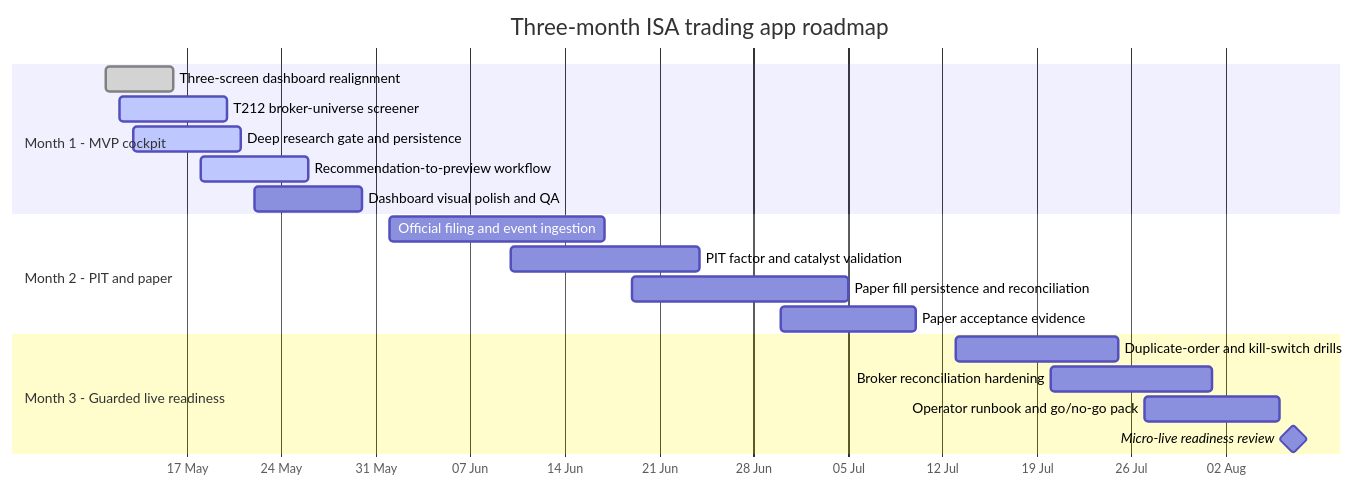
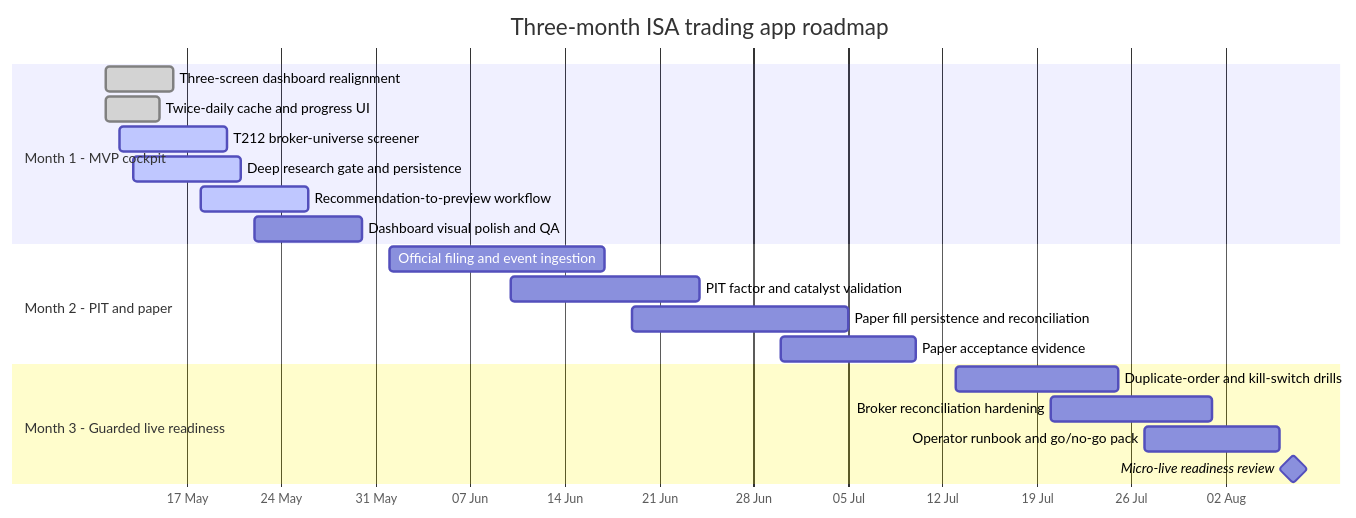
Before and after one commit to danielcoakley/t212: the diagram in docs/roadmap.md, drawn with Mermaid. The commit also changed other lines of this file and 7 other files, not shown here.

````diff
--- a/docs/roadmap.md
+++ b/docs/roadmap.md
@@ -81,25 +83,26 @@
 ```mermaid
 gantt
     title Three-month ISA trading app roadmap
     dateFormat  YYYY-MM-DD
     axisFormat  %d %b
 
     section Month 1 - MVP cockpit
     Three-screen dashboard realignment       :done, m1a, 2026-05-11, 5d
+    Twice-daily cache and progress UI        :done, m1cache, 2026-05-11, 4d
     T212 broker-universe screener            :active, m1b, 2026-05-12, 8d
     Deep research gate and persistence       :active, m1c, 2026-05-13, 8d
     Recommendation-to-preview workflow       :active, m1d, 2026-05-18, 8d
     Dashboard visual polish and QA           :m1e, 2026-05-22, 8d
 
     section Month 2 - PIT and paper
     Official filing and event ingestion      :m2a, 2026-06-01, 16d
     PIT factor and catalyst validation       :m2b, 2026-06-10, 14d
     Paper fill persistence and reconciliation:m2c, 2026-06-19, 16d
     Paper acceptance evidence                :m2d, 2026-06-30, 10d
 
     section Month 3 - Guarded live readiness
     Duplicate-order and kill-switch drills   :m3a, 2026-07-13, 12d
     Broker reconciliation hardening          :m3b, 2026-07-20, 12d
     Operator runbook and go/no-go pack       :m3c, 2026-07-27, 10d
     Micro-live readiness review              :milestone, m3d, 2026-08-07, 0d
 ```
````
